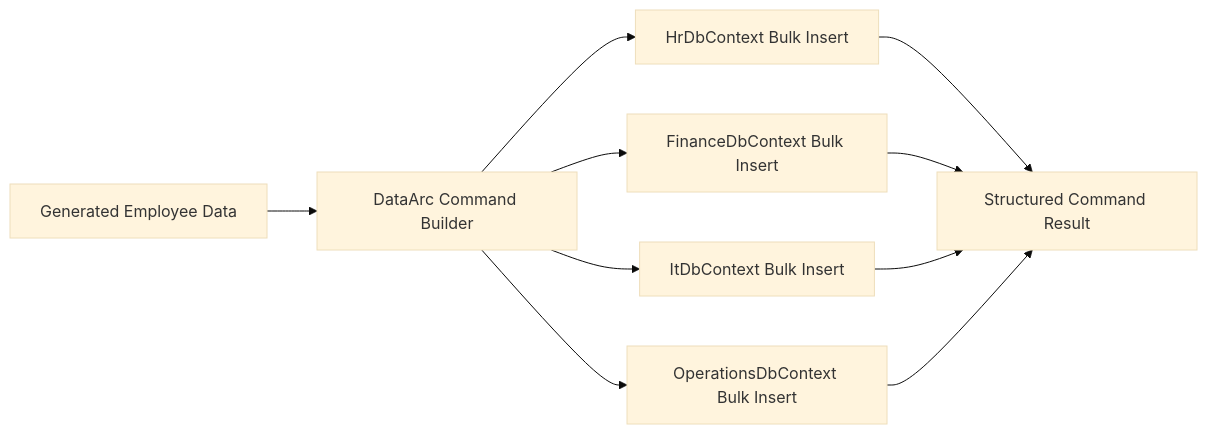
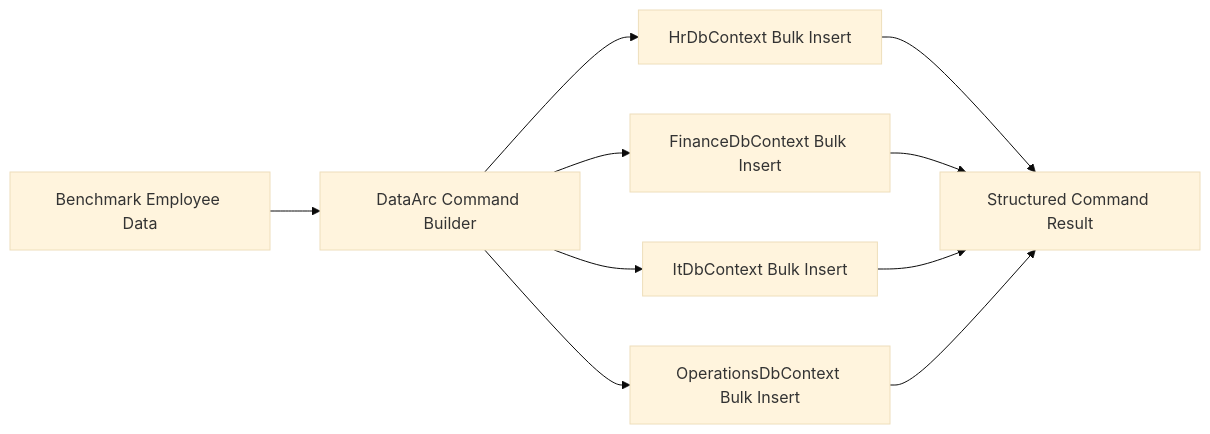
Before and after one commit to SolidArcSoftware/DataArc.EntityFrameworkCore: the third of 7 diagrams in README.md, drawn with Mermaid (base theme). The commit also changed other lines of this file and 11 other files, not shown here.

````diff
--- a/README.md
+++ b/README.md
@@ -360,14 +366,14 @@
 ```mermaid
 flowchart LR
-    A[Generated Employee Data] --> B[DataArc Command Builder]
+    A[Benchmark Employee Data] --> B[DataArc Command Builder]
 
     B --> HR[HrDbContext Bulk Insert]
     B --> FIN[FinanceDbContext Bulk Insert]
     B --> IT[ItDbContext Bulk Insert]
     B --> OPS[OperationsDbContext Bulk Insert]
 
     HR --> R[Structured Command Result]
     FIN --> R
     IT --> R
     OPS --> R
 ```
````
